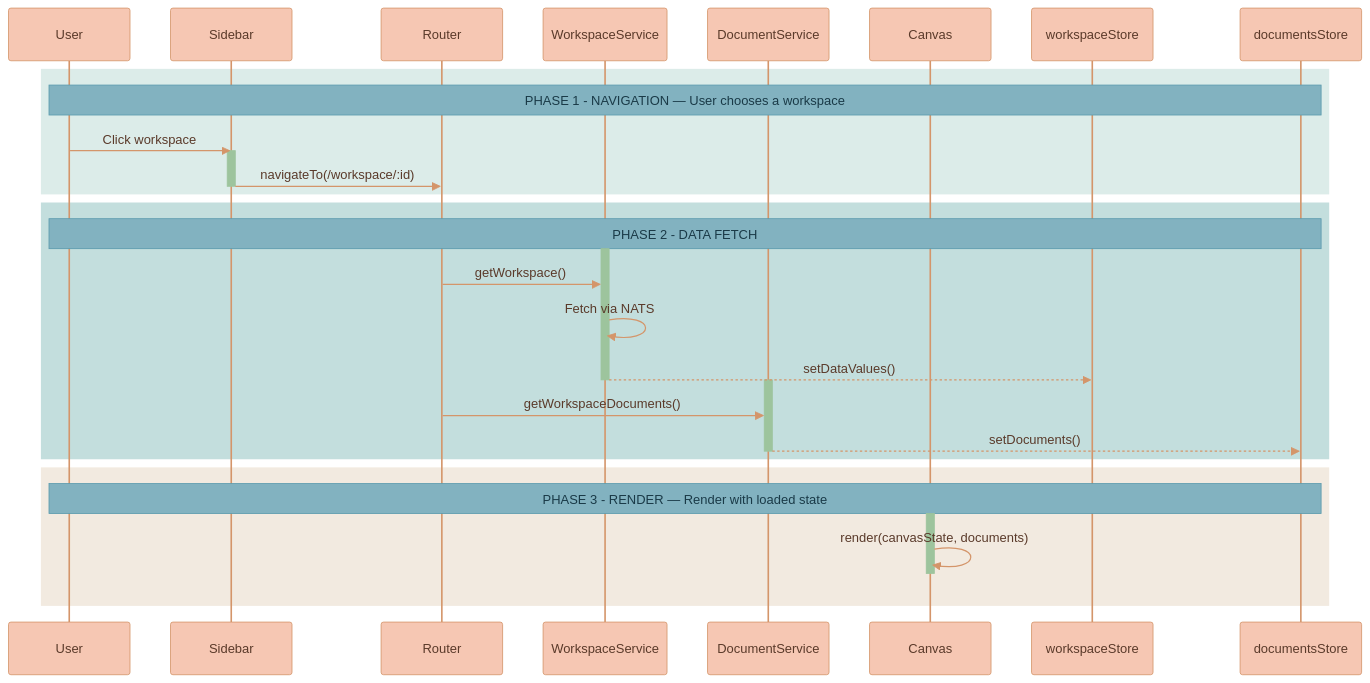
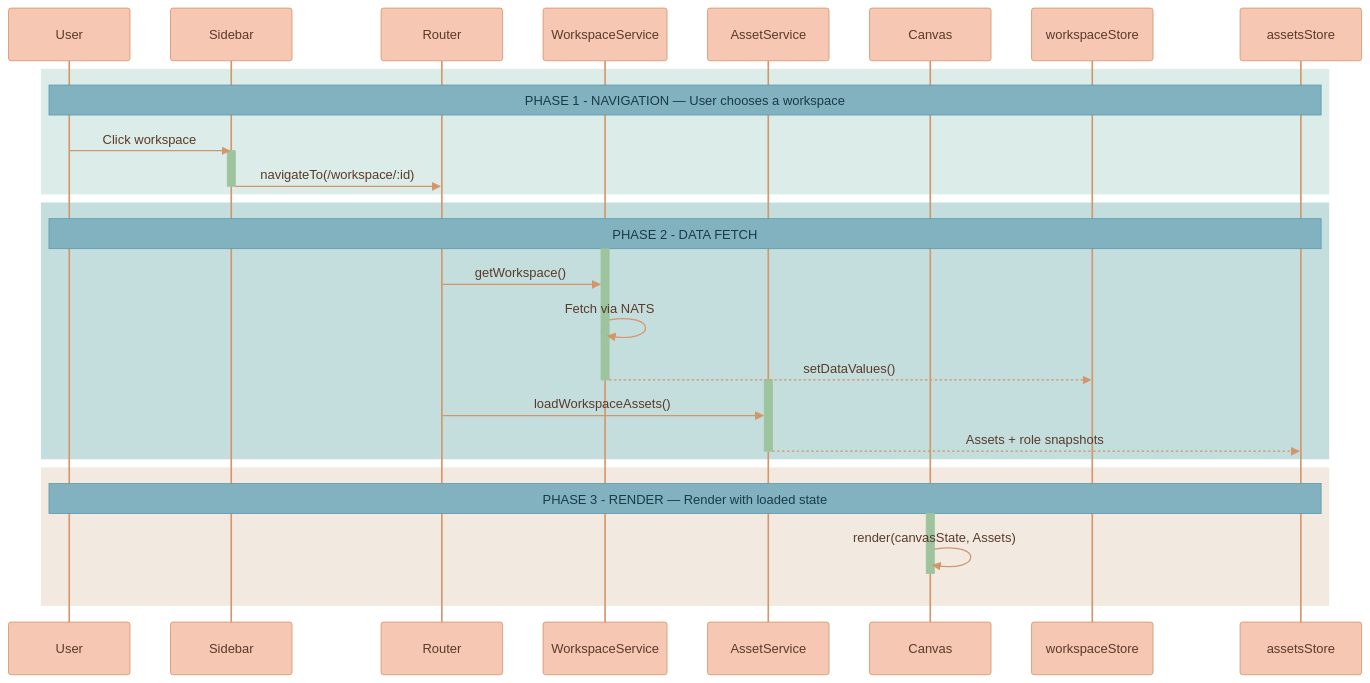
The first of 6 diagrams in documentation/canvas/USER-FLOWS.md (Lixpi/lixpi), drawn with Mermaid before and after one commit. The commit also changed other lines of this file and 225 other files, not shown here.

````diff
--- a/documentation/canvas/USER-FLOWS.md
+++ b/documentation/canvas/USER-FLOWS.md
@@ -18,46 +18,46 @@
 ```mermaid
 %%{init: {'theme': 'base', 'themeVariables': { 'noteBkgColor': '#82B2C0', 'noteTextColor': '#1a3a47', 'noteBorderColor': '#5a9aad', 'actorBkg': '#F6C7B3', 'actorBorder': '#d4956a', 'actorTextColor': '#5a3a2a', 'actorLineColor': '#d4956a', 'signalColor': '#d4956a', 'signalTextColor': '#5a3a2a', 'labelBoxBkgColor': '#F6C7B3', 'labelBoxBorderColor': '#d4956a', 'labelTextColor': '#5a3a2a', 'loopTextColor': '#5a3a2a', 'activationBorderColor': '#9DC49D', 'activationBkgColor': '#9DC49D', 'sequenceNumberColor': '#5a3a2a'}}}%%
 sequenceDiagram
     participant User
     participant Sidebar
     participant Router
     participant WSvc as WorkspaceService
-    participant DSvc as DocumentService
+    participant ASvc as AssetService
     participant Canvas
     participant workspaceStore
-    participant documentsStore
+    participant assetsStore
     %% ═══════════════════════════════════════════════════════════════
     %% PHASE 1: NAVIGATION
     %% ═══════════════════════════════════════════════════════════════
     rect rgb(220, 236, 233)
-        Note over User, documentsStore: PHASE 1 - NAVIGATION — User chooses a workspace
+        Note over User, assetsStore: PHASE 1 - NAVIGATION — User chooses a workspace
         User->>Sidebar: Click workspace
         activate Sidebar
         Sidebar->>Router: navigateTo(/workspace/:id)
         deactivate Sidebar
     end
     %% ═══════════════════════════════════════════════════════════════
     %% PHASE 2: DATA FETCH
     %% ═══════════════════════════════════════════════════════════════
     rect rgb(195, 222, 221)
-        Note over User, documentsStore: PHASE 2 - DATA FETCH
+        Note over User, assetsStore: PHASE 2 - DATA FETCH
         activate WSvc
         Router->>WSvc: getWorkspace()
         WSvc->>WSvc: Fetch via NATS
         WSvc-->>workspaceStore: setDataValues()
         deactivate WSvc
-        activate DSvc
-        Router->>DSvc: getWorkspaceDocuments()
-        DSvc-->>documentsStore: setDocuments()
-        deactivate DSvc
+        activate ASvc
+        Router->>ASvc: loadWorkspaceAssets()
+        ASvc-->>assetsStore: Assets + role snapshots
+        deactivate ASvc
     end
     %% ═══════════════════════════════════════════════════════════════
     %% PHASE 3: RENDER
     %% ═══════════════════════════════════════════════════════════════
     rect rgb(242, 234, 224)
-        Note over User, documentsStore: PHASE 3 - RENDER — Render with loaded state
+        Note over User, assetsStore: PHASE 3 - RENDER — Render with loaded state
         activate Canvas
-        Canvas->>Canvas: render(canvasState, documents)
+        Canvas->>Canvas: render(canvasState, Assets)
         deactivate Canvas
     end
 ```
````
